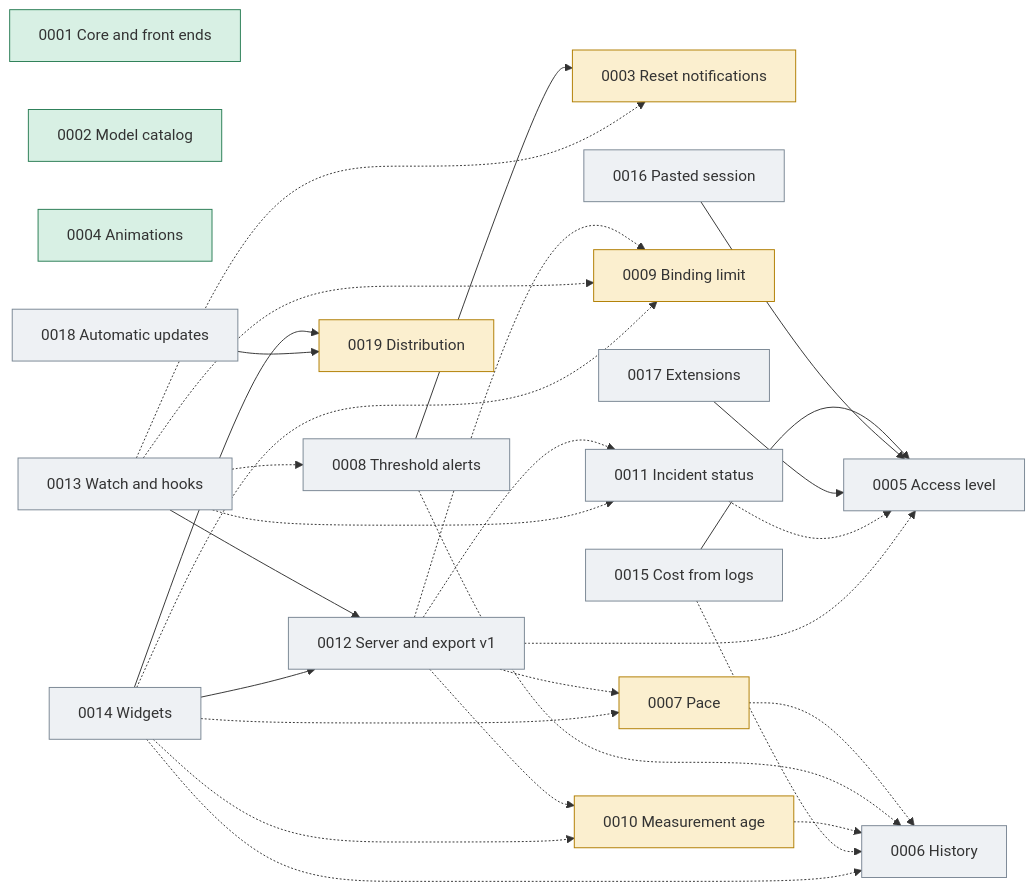
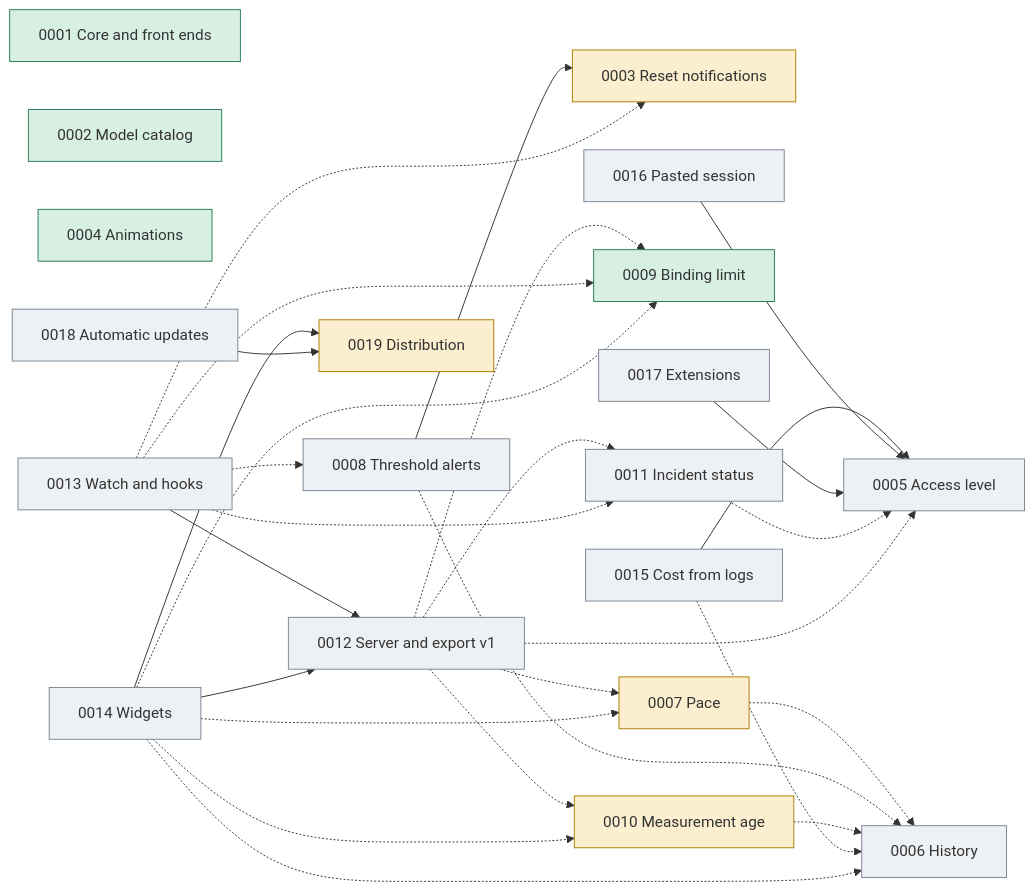
Before and after one commit to jmarcon/cuotai: the diagram in docs/plans/0000_control.md, drawn with Mermaid. The commit also changed other lines of this file and 11 other files, not shown here.

First line of the commit message:
feat(tui): show the binding limit on cards, details and --once

````diff
--- a/docs/plans/0000_control.md
+++ b/docs/plans/0000_control.md
@@ -77,54 +78,54 @@
 ```mermaid
 graph LR
   classDef done fill:#d8f0e4,stroke:#2a7d55
   classDef wip fill:#fbefcf,stroke:#b07d00
   classDef todo fill:#eef1f4,stroke:#7a8794
 
   P1["0001 Core and front ends"]:::done
   P2["0002 Model catalog"]:::done
   P3["0003 Reset notifications"]:::wip
   P4["0004 Animations"]:::done
   P5["0005 Access level"]:::todo
   P6["0006 History"]:::todo
   P7["0007 Pace"]:::wip
   P8["0008 Threshold alerts"]:::todo
-  P9["0009 Binding limit"]:::wip
+  P9["0009 Binding limit"]:::done
   P10["0010 Measurement age"]:::wip
   P11["0011 Incident status"]:::todo
   P12["0012 Server and export v1"]:::todo
   P13["0013 Watch and hooks"]:::todo
   P14["0014 Widgets"]:::todo
   P15["0015 Cost from logs"]:::todo
   P16["0016 Pasted session"]:::todo
   P17["0017 Extensions"]:::todo
   P18["0018 Automatic updates"]:::todo
   P19["0019 Distribution"]:::wip
 
   P8 --> P3
   P13 --> P12
   P14 --> P12
   P14 --> P19
   P15 --> P5
   P16 --> P5
   P17 --> P5
   P18 --> P19
 
   P7 -.-> P6
   P8 -.-> P6
   P10 -.-> P6
   P11 -.-> P5
   P15 -.-> P6
   P12 -.-> P5
   P12 -.-> P7
   P12 -.-> P9
   P12 -.-> P10
   P12 -.-> P11
   P13 -.-> P3
   P13 -.-> P8
   P13 -.-> P9
   P13 -.-> P11
   P14 -.-> P6
   P14 -.-> P7
   P14 -.-> P9
   P14 -.-> P10
 ```
````
